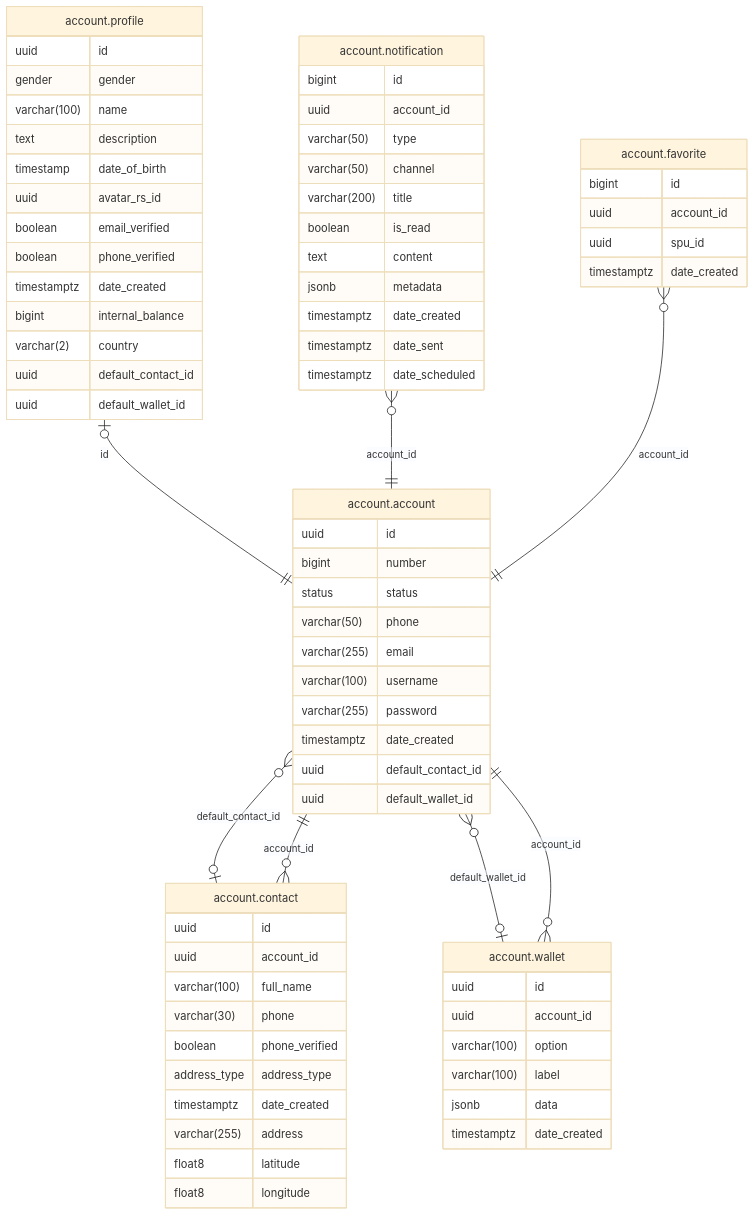
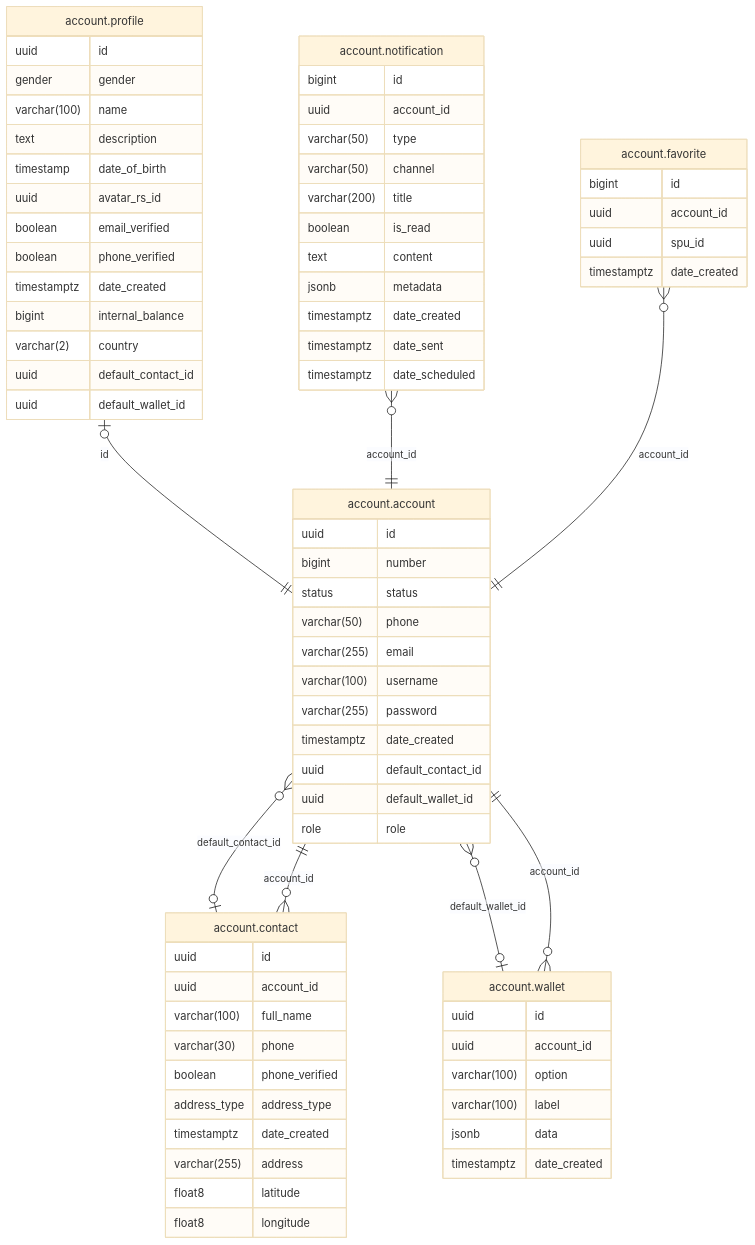
The diagram in internal/module/account/README.md (shopnexus/server), drawn with Mermaid (base theme) before and after one commit. The commit also changed 189 other files, not shown here.

````diff
--- a/internal/module/account/README.md
+++ b/internal/module/account/README.md
@@ -8,77 +8,78 @@
 ```mermaid
 erDiagram
 "account.account" }o--|o "account.contact" : "default_contact_id"
 "account.account" }o--|o "account.wallet" : "default_wallet_id"
 "account.contact" }o--|| "account.account" : "account_id"
 "account.profile" |o--|| "account.account" : "id"
 "account.notification" }o--|| "account.account" : "account_id"
 "account.favorite" }o--|| "account.account" : "account_id"
 "account.wallet" }o--|| "account.account" : "account_id"
 
 "account.account" {
   uuid id
   bigint number
   status status
   varchar(50) phone
   varchar(255) email
   varchar(100) username
   varchar(255) password
   timestamptz date_created
   uuid default_contact_id
   uuid default_wallet_id
+  role role
 }
 "account.contact" {
   uuid id
   uuid account_id
   varchar(100) full_name
   varchar(30) phone
   boolean phone_verified
   address_type address_type
   timestamptz date_created
   varchar(255) address
   float8 latitude
   float8 longitude
 }
 "account.favorite" {
   bigint id
   uuid account_id
   uuid spu_id
   timestamptz date_created
 }
 "account.notification" {
   bigint id
   uuid account_id
   varchar(50) type
   varchar(50) channel
   varchar(200) title
   boolean is_read
   text content
   jsonb metadata
   timestamptz date_created
   timestamptz date_sent
   timestamptz date_scheduled
 }
 "account.profile" {
   uuid id
   gender gender
   varchar(100) name
   text description
   timestamp date_of_birth
   uuid avatar_rs_id
   boolean email_verified
   boolean phone_verified
   timestamptz date_created
   bigint internal_balance
   varchar(2) country
   uuid default_contact_id
   uuid default_wallet_id
 }
 "account.wallet" {
   uuid id
   uuid account_id
   varchar(100) option
   varchar(100) label
   jsonb data
   timestamptz date_created
 }
 ```
````
